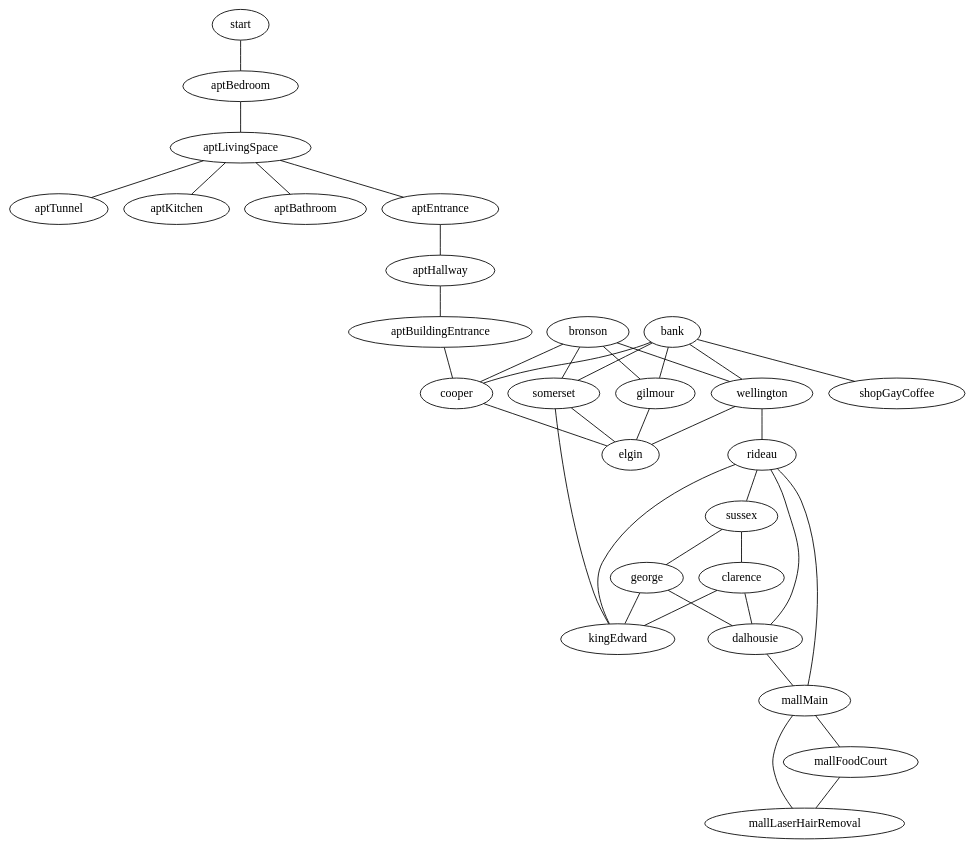
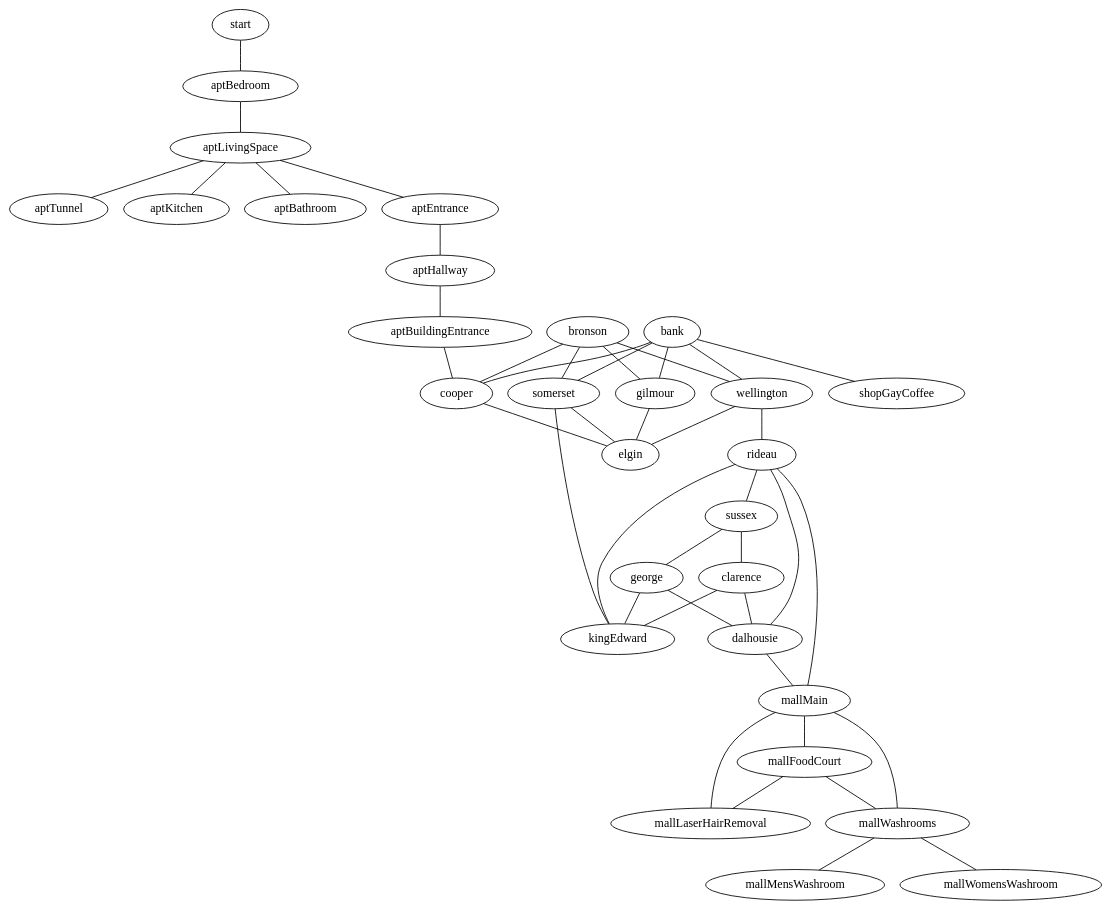
Before and after one commit to maelys-mcardle/adventure: the diagram in examples/ottawa/entities/world/values.dot, drawn with Graphviz. The commit also changed 8 other files, not shown here.

Commit message:
Added washrooms to mall.

```diff
--- a/examples/ottawa/entities/world/values.dot
+++ b/examples/ottawa/entities/world/values.dot
@@ -1,49 +1,54 @@
 graph location {
 
   start -- aptBedroom
 
   subgraph streets {
     bank -- wellington -- elgin
     bank -- cooper -- elgin
     bank -- somerset -- elgin
     bank -- gilmour -- elgin
 
     bronson -- wellington
     bronson -- cooper
     bronson -- somerset
     bronson -- gilmour   
 
     wellington -- rideau
 
     rideau -- sussex
     rideau -- dalhousie
     rideau -- kingEdward
 
     sussex -- george -- dalhousie
     sussex -- clarence -- dalhousie
     somerset -- kingEdward
     george -- kingEdward
     clarence -- kingEdward
   }
 
   subgraph apartment {
     aptBedroom -- aptLivingSpace -- aptTunnel
     aptLivingSpace -- aptKitchen
     aptLivingSpace -- aptBathroom
     aptLivingSpace -- aptEntrance -- aptHallway 
     aptHallway -- aptBuildingEntrance -- cooper
   }
 
   subgraph shops {
     bank -- shopGayCoffee
   }
 
   subgraph mall {
     rideau -- mallMain 
     dalhousie -- mallMain
 
     mallMain -- mallFoodCourt
     mallMain -- mallLaserHairRemoval
+    mallMain -- mallWashrooms
     mallFoodCourt -- mallLaserHairRemoval
+    mallFoodCourt -- mallWashrooms
+
+    mallWashrooms -- mallMensWashroom
+    mallWashrooms -- mallWomensWashroom
   }
 }
```
